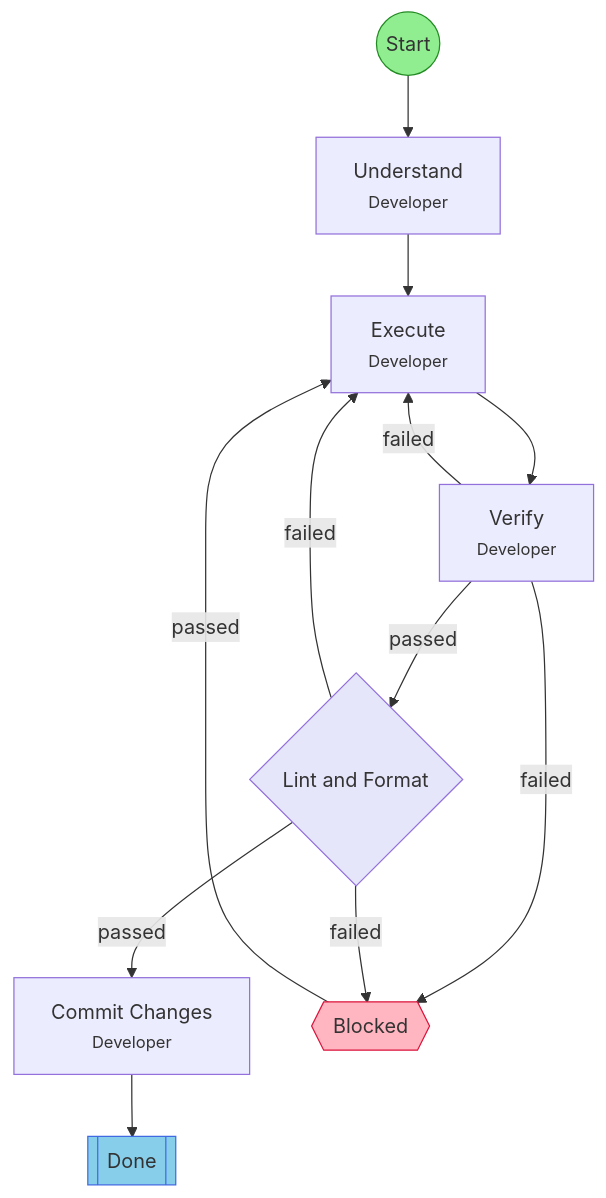
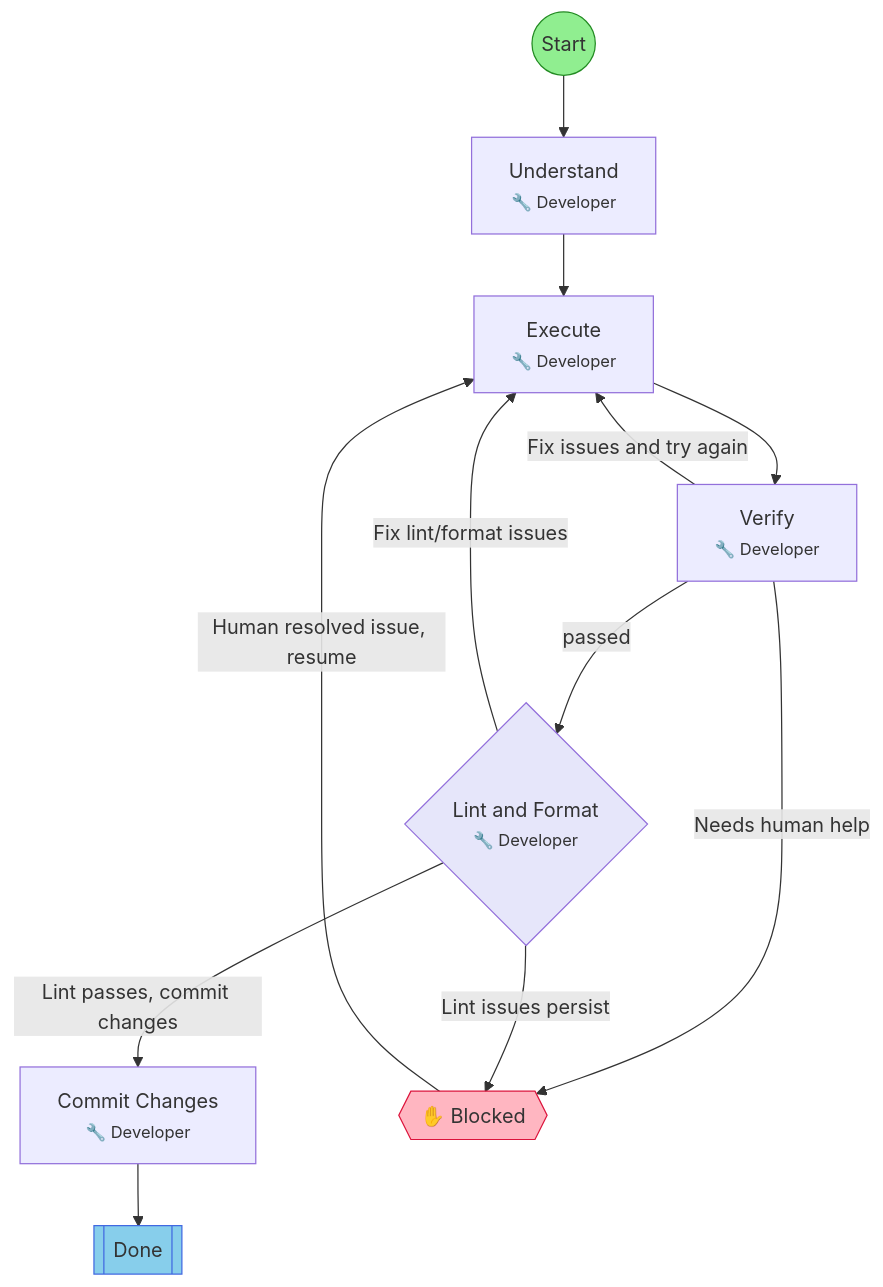
The diagram in .flow/diagrams/quick-task.md (leclabs/agent-toolkit), drawn with Mermaid before and after one commit. The commit also changed other lines of this file and 34 other files, not shown here.

First line of the commit message:
feat: add emoji field to workflow schema and render in diagrams

````diff
--- a/.flow/diagrams/quick-task.md
+++ b/.flow/diagrams/quick-task.md
@@ -7,34 +7,34 @@
 ```mermaid
 flowchart TD
     start(("Start"))
-    understand["Understand<br/><small>Developer</small>"]
-    execute["Execute<br/><small>Developer</small>"]
-    verify["Verify<br/><small>Developer</small>"]
-    lint_format{"Lint and Format"}
-    commit["Commit Changes<br/><small>Developer</small>"]
+    understand["Understand<br/><small>🔧 Developer</small>"]
+    execute["Execute<br/><small>🔧 Developer</small>"]
+    verify["Verify<br/><small>🔧 Developer</small>"]
+    lint_format{"Lint and Format<br/><small>🔧 Developer</small>"}
+    commit["Commit Changes<br/><small>🔧 Developer</small>"]
     end_success[["Done"]]
-    hitl_blocked{{"Blocked"}}
+    hitl_blocked{{"✋ Blocked"}}
 
     start --> understand
     understand --> execute
     execute --> verify
     verify -->|passed| lint_format
-    verify -->|failed| execute
-    verify -->|failed| hitl_blocked
-    lint_format -->|passed| commit
-    lint_format -->|failed| execute
-    lint_format -->|failed| hitl_blocked
+    verify -->|Fix issues and try again| execute
+    verify -->|Needs human help| hitl_blocked
+    lint_format -->|Lint passes, commit changes| commit
+    lint_format -->|Fix lint/format issues| execute
+    lint_format -->|Lint issues persist| hitl_blocked
     commit --> end_success
-    hitl_blocked -->|passed| execute
+    hitl_blocked -->|Human resolved issue, resume| execute
 
     classDef startStep fill:#90EE90,stroke:#228B22
     classDef successStep fill:#87CEEB,stroke:#4169E1
     classDef hitlStep fill:#FFB6C1,stroke:#DC143C
     classDef gateStep fill:#E6E6FA,stroke:#9370DB
     classDef forkJoinStep fill:#FFEAA7,stroke:#FDCB6E
     classDef currentStep fill:#FFD700,stroke:#FF8C00,stroke-width:3px
     class start startStep
     class end_success successStep
     class hitl_blocked hitlStep
     class lint_format gateStep
 ```
````
